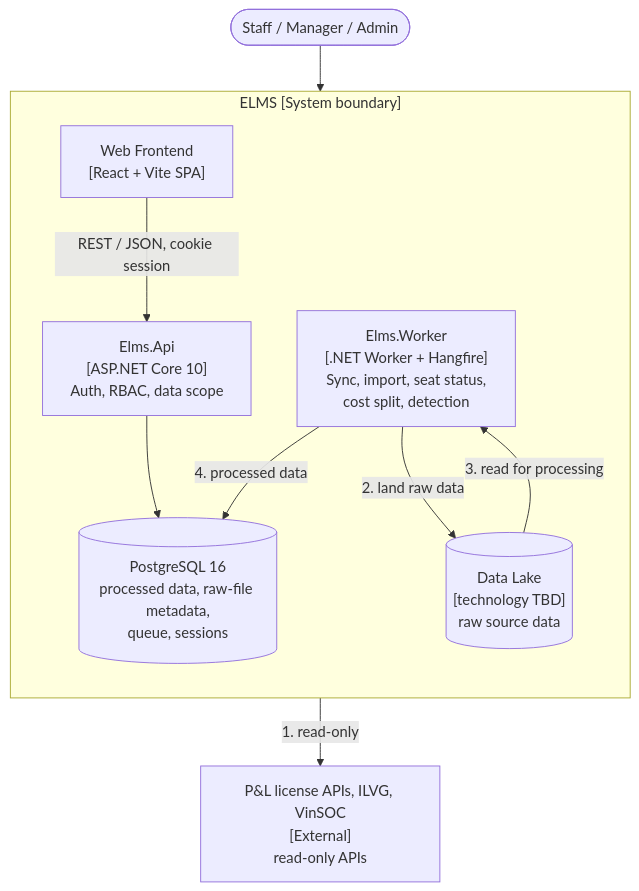
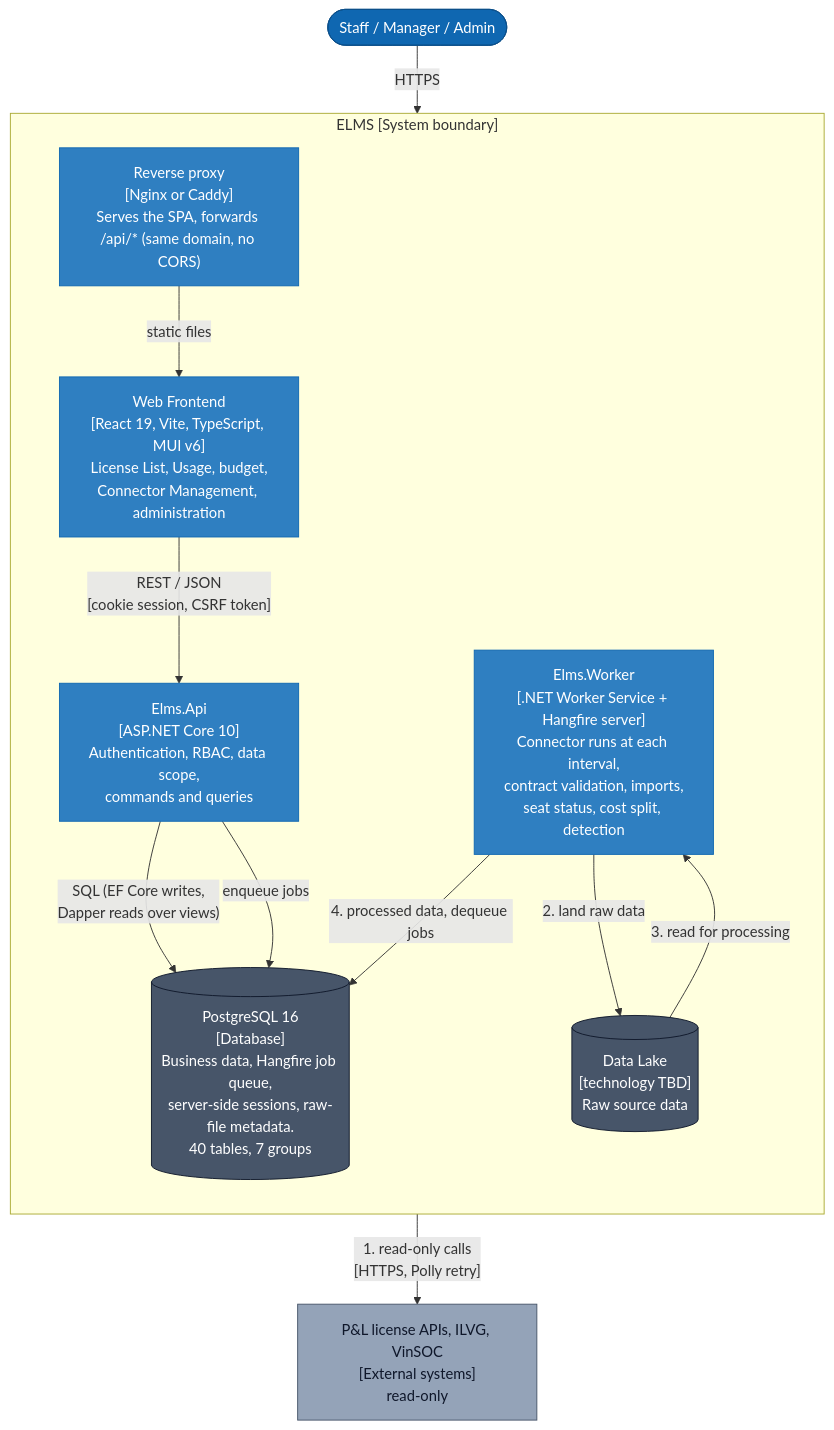
The second of 5 diagrams in README.md (cuonglpv/VFast), drawn with Mermaid before and after one commit. The commit also changed other lines of this file, not shown here.

Commit message:
docs: update README with information architecture, screen hierarchy, and UI/UX details

````diff
--- a/README.md
+++ b/README.md
@@ -171,20 +228,34 @@
 ```mermaid
 flowchart TB
-    people(["Staff / Manager / Admin"])
-    providers["P&L license APIs, ILVG, VinSOC<br/>[External]<br/>read-only APIs"]
-    subgraph platform["ELMS [System boundary]"]
+    users(["Staff / Manager / Admin"])
+    sources["P&L license APIs, ILVG, VinSOC<br/>[External systems]<br/>read-only"]
+
+    subgraph elms["ELMS [System boundary]"]
         direction TB
-        web["Web Frontend<br/>[React + Vite SPA]"]
-        api["Elms.Api<br/>[ASP.NET Core 10]<br/>Auth, RBAC, data scope"]
-        worker["Elms.Worker<br/>[.NET Worker + Hangfire]<br/>Sync, import, seat status,<br/>cost split, detection"]
-        lake[("Data Lake<br/>[technology TBD]<br/>raw source data")]
-        db[("PostgreSQL 16<br/>processed data, raw-file metadata,<br/>queue, sessions")]
+        proxy["Reverse proxy<br/>[Nginx or Caddy]<br/>Serves the SPA, forwards /api/* (same domain, no CORS)"]
+        web["Web Frontend<br/>[React 19, Vite, TypeScript, MUI v6]<br/>License List, Usage, budget,<br/>Connector Management, administration"]
+        api["Elms.Api<br/>[ASP.NET Core 10]<br/>Authentication, RBAC, data scope,<br/>commands and queries"]
+        worker["Elms.Worker<br/>[.NET Worker Service + Hangfire server]<br/>Connector runs at each interval,<br/>contract validation, imports,<br/>seat status, cost split, detection"]
+        db[("PostgreSQL 16<br/>[Database]<br/>Business data, Hangfire job queue,<br/>server-side sessions, raw-file metadata.<br/>40 tables, 7 groups")]
+        lake[("Data Lake<br/>[technology TBD]<br/>Raw source data")]
     end
-    people --> web
-    web -- "REST / JSON, cookie session" --> api
-    api --> db
-    worker -- "1. read-only" --> providers
+
+    users -- "HTTPS" --> proxy
+    proxy -- "static files" --> web
+    web -- "REST / JSON<br/>[cookie session, CSRF token]" --> api
+    api -- "SQL (EF Core writes,<br/>Dapper reads over views)" --> db
+    api -- "enqueue jobs" --> db
+    worker -- "4. processed data, dequeue jobs" --> db
+    worker -- "1. read-only calls<br/>[HTTPS, Polly retry]" --> sources
     worker -- "2. land raw data" --> lake
     lake -- "3. read for processing" --> worker
-    worker -- "4. processed data" --> db
+
+    classDef person fill:#0F67B1,stroke:#0B4F8A,color:#fff
+    classDef container fill:#2F7FC1,stroke:#0F67B1,color:#fff
+    classDef store fill:#475569,stroke:#0F172A,color:#fff
+    classDef external fill:#94A3B8,stroke:#475569,color:#0F172A
+    class users person
+    class proxy,web,api,worker container
+    class db,lake store
+    class sources external
 ```
````
